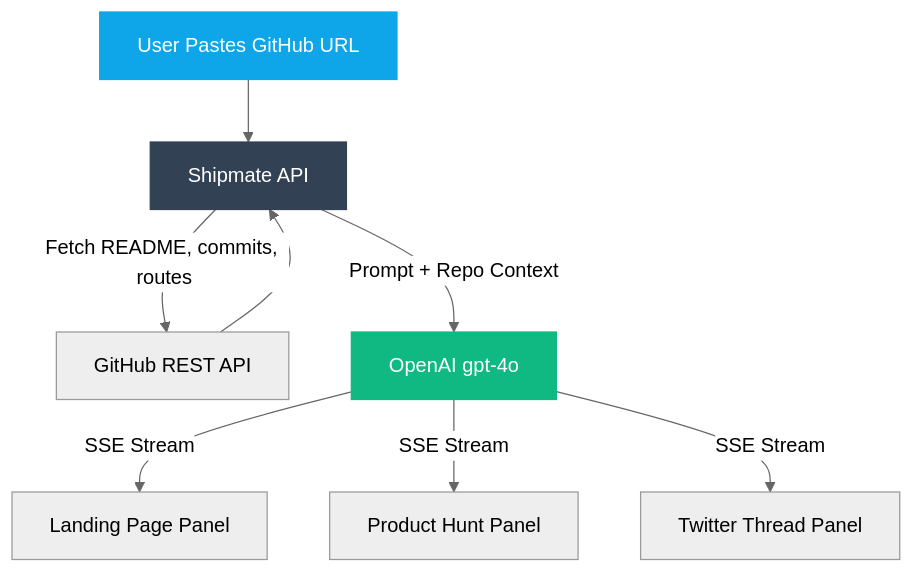
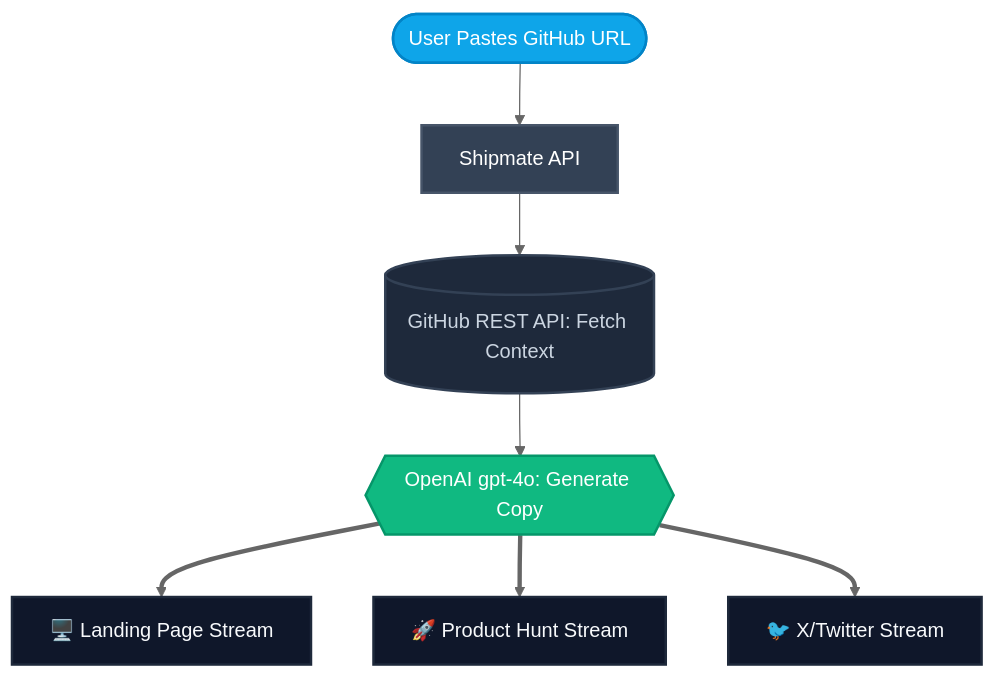
The diagram in README.md (edycutjong/Shipmate), drawn with Mermaid (neutral theme) before and after one commit.

Commit message:
docs: clean up Mermaid diagram aesthetic for premium look

````diff
--- a/README.md
+++ b/README.md
@@ -56,14 +56,18 @@
 ```mermaid
 graph TD
-    A[User Pastes GitHub URL] --> B[Shipmate API]
-    B -->|Fetch README, commits, routes| C[GitHub REST API]
-    C --> B
-    B -->|Prompt + Repo Context| D[OpenAI gpt-4o]
-    D -->|SSE Stream| E[Landing Page Panel]
-    D -->|SSE Stream| F[Product Hunt Panel]
-    D -->|SSE Stream| G[Twitter Thread Panel]
+    A([User Pastes GitHub URL]) --> B[Shipmate API]
+    B --> C[(GitHub REST API: Fetch Context)]
+    C --> D{{OpenAI gpt-4o: Generate Copy}}
+    
+    D ==> E[🖥️ Landing Page Stream]
+    D ==> F[🚀 Product Hunt Stream]
+    D ==> G[🐦 X/Twitter Stream]
 
-    style A fill:#0ea5e9,stroke:#0ea5e9,color:#fff
-    style B fill:#334155,stroke:#334155,color:#fff
-    style D fill:#10b981,stroke:#10b981,color:#fff
+    style A fill:#0ea5e9,stroke:#0284c7,color:#fff,stroke-width:2px
+    style B fill:#334155,stroke:#475569,color:#fff,stroke-width:2px
+    style C fill:#1e293b,stroke:#334155,color:#cbd5e1,stroke-width:2px
+    style D fill:#10b981,stroke:#059669,color:#fff,stroke-width:2px
+    style E fill:#0f172a,stroke:#1e293b,color:#f8fafc,stroke-width:2px
+    style F fill:#0f172a,stroke:#1e293b,color:#f8fafc,stroke-width:2px
+    style G fill:#0f172a,stroke:#1e293b,color:#f8fafc,stroke-width:2px
 ```
````
